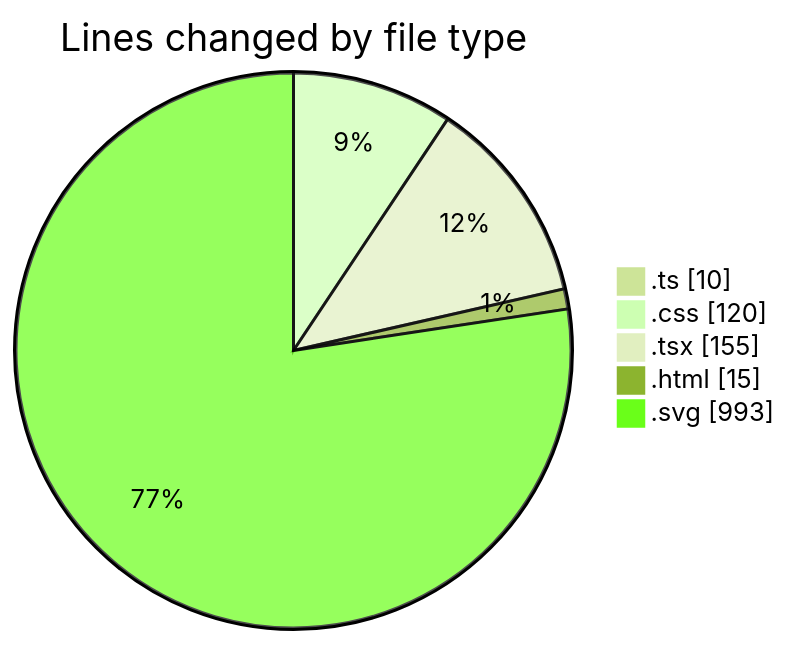
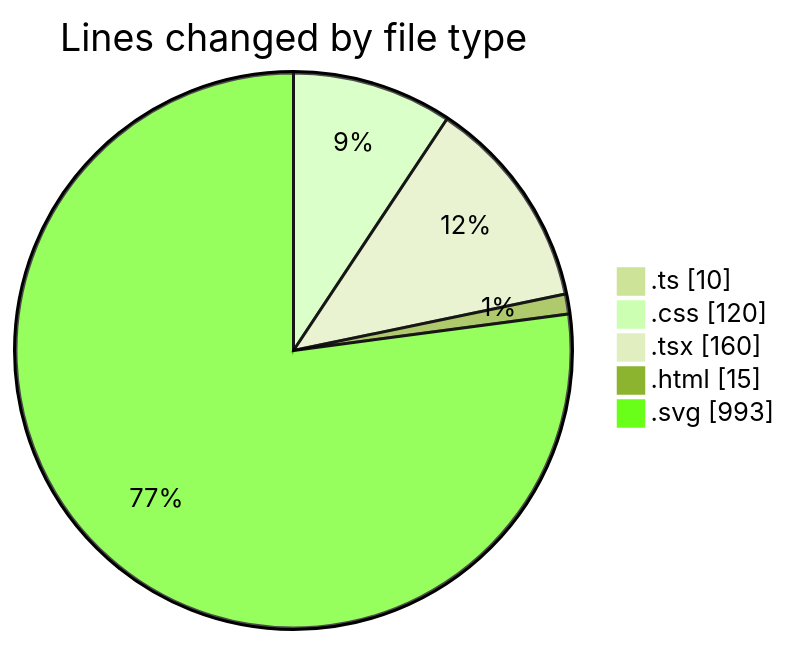
Before and after one commit to EIIisD/code-tracking: the first of 2 diagrams in 2025-07-31/tw-server/README.md, drawn with Mermaid (forest theme). The commit also changed other lines of this file and 1 other file, not shown here.

````diff
--- a/2025-07-31/tw-server/README.md
+++ b/2025-07-31/tw-server/README.md
@@ -34,9 +34,9 @@
 ```mermaid
 pie showData
 title Lines changed by file type
 ".ts" : 10
 ".css" : 120
-".tsx" : 155
+".tsx" : 160
 ".html" : 15
 ".svg" : 993
 ```
````
